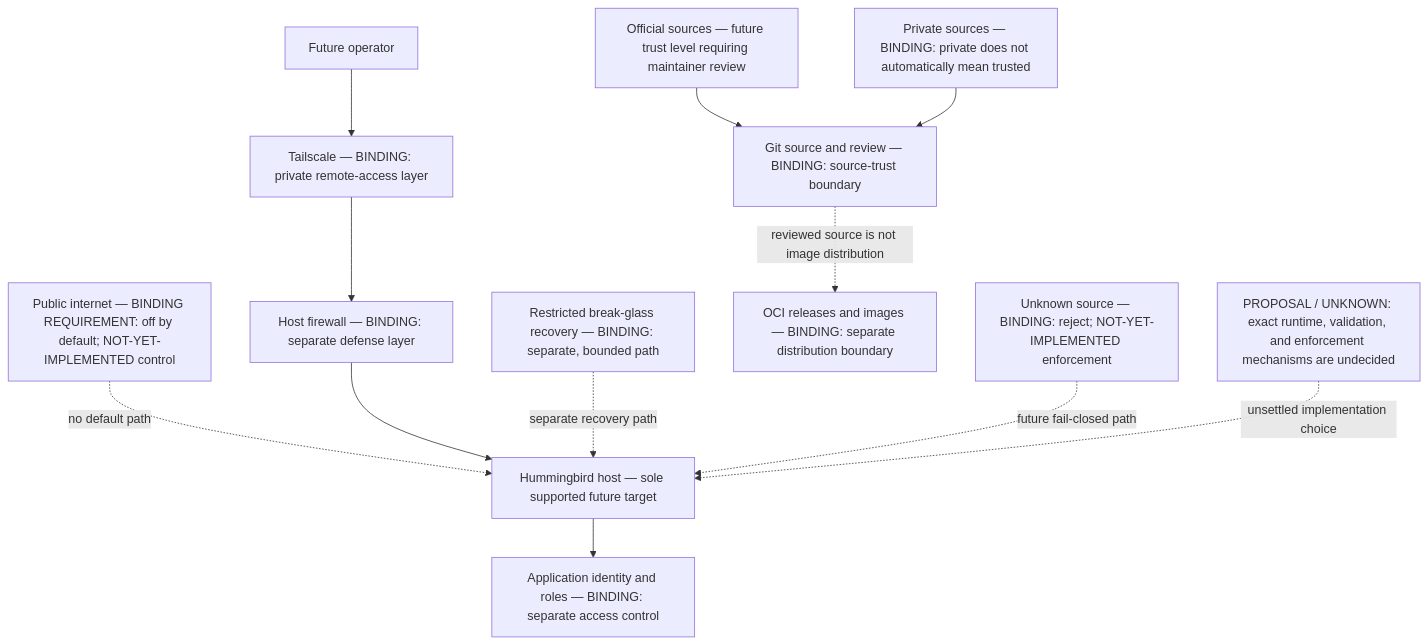
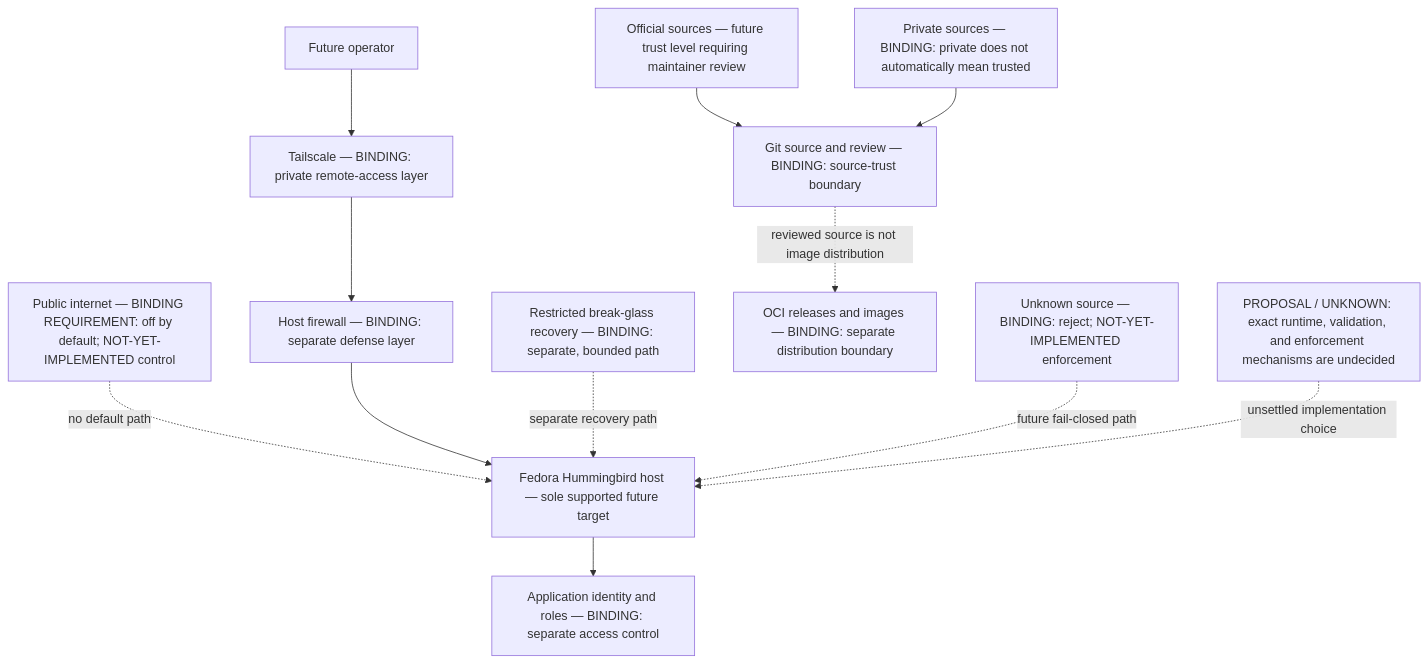
One commit to nissifield/ftlbird-waypoint changed the second of 4 diagrams in README.md. Above: the diagram before and after it, drawn with Mermaid. The commit also changed other lines of this file, not shown here.

````diff
--- a/README.md
+++ b/README.md
@@ -57,25 +59,25 @@
 ```mermaid
 flowchart TB
     public["Public internet — BINDING REQUIREMENT: off by default; NOT-YET-IMPLEMENTED control"]
     operator["Future operator"]
     tailscale["Tailscale — BINDING: private remote-access layer"]
     firewall["Host firewall — BINDING: separate defense layer"]
     identity["Application identity and roles — BINDING: separate access control"]
     recovery["Restricted break-glass recovery — BINDING: separate, bounded path"]
-    host["Hummingbird host — sole supported future target"]
+    host["Fedora Hummingbird host — sole supported future target"]
     official["Official sources — future trust level requiring maintainer review"]
     private["Private sources — BINDING: private does not automatically mean trusted"]
     git["Git source and review — BINDING: source-trust boundary"]
     oci["OCI releases and images — BINDING: separate distribution boundary"]
     unknown["Unknown source — BINDING: reject; NOT-YET-IMPLEMENTED enforcement"]
     proposal["PROPOSAL / UNKNOWN: exact runtime, validation, and enforcement mechanisms are undecided"]
 
     public -. "no default path" .-> host
     operator --> tailscale --> firewall --> host --> identity
     recovery -. "separate recovery path" .-> host
     official --> git
     private --> git
     git -. "reviewed source is not image distribution" .-> oci
     unknown -. "future fail-closed path" .-> host
     proposal -. "unsettled implementation choice" .-> host
 ```
````
